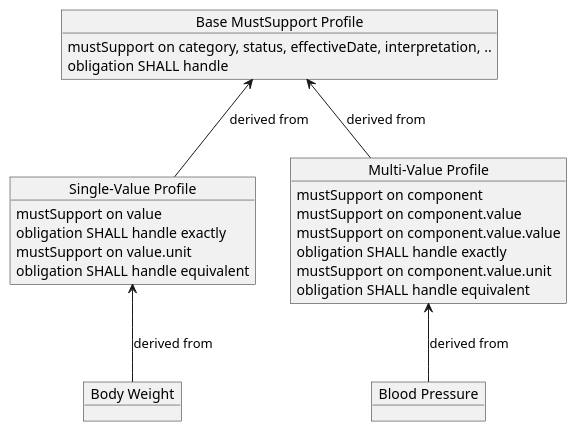
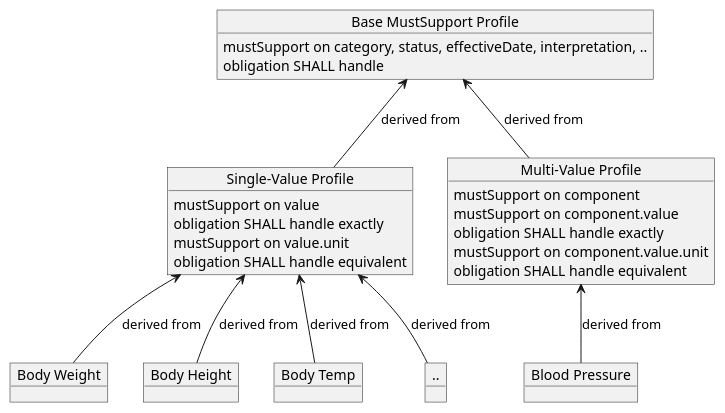
One commit to frankoemig/vital-signs-demo changed the diagram in input/images-source/profile_hierarchy2.plantuml. Above: the diagram before and after it, drawn with PlantUML. The commit also changed 1 other file, not shown here.

```diff
--- a/input/images-source/profile_hierarchy2.plantuml
+++ b/input/images-source/profile_hierarchy2.plantuml
@@ -1,34 +1,39 @@
 @startuml
 
 object "Base MustSupport Profile" as obj1 {
     mustSupport on category, status, effectiveDate, interpretation, ..
     obligation SHALL handle
 }
 
 object "Single-Value Profile" as obj2 {
     mustSupport on value
     obligation SHALL handle exactly
     mustSupport on value.unit
     obligation SHALL handle equivalent
 }
 
 object "Multi-Value Profile" as obj3 {
     mustSupport on component
     mustSupport on component.value
-    mustSupport on component.value.value
     obligation SHALL handle exactly
     mustSupport on component.value.unit
     obligation SHALL handle equivalent
 }
 
 obj1 <-- obj2 : derived from
 obj1 <-- obj3 : derived from
 
 object "Blood Pressure" as obj4
 object "Body Weight" as obj5
+object "Body Height" as obj6
+object "Body Temp" as obj7
+object ".." as obj8
 
 obj3 <-- obj4  : derived from
 obj2 <-- obj5  : derived from
+obj2 <-- obj6  : derived from
+obj2 <-- obj7  : derived from
+obj2 <-- obj8  : derived from
 
 
 @enduml
```
